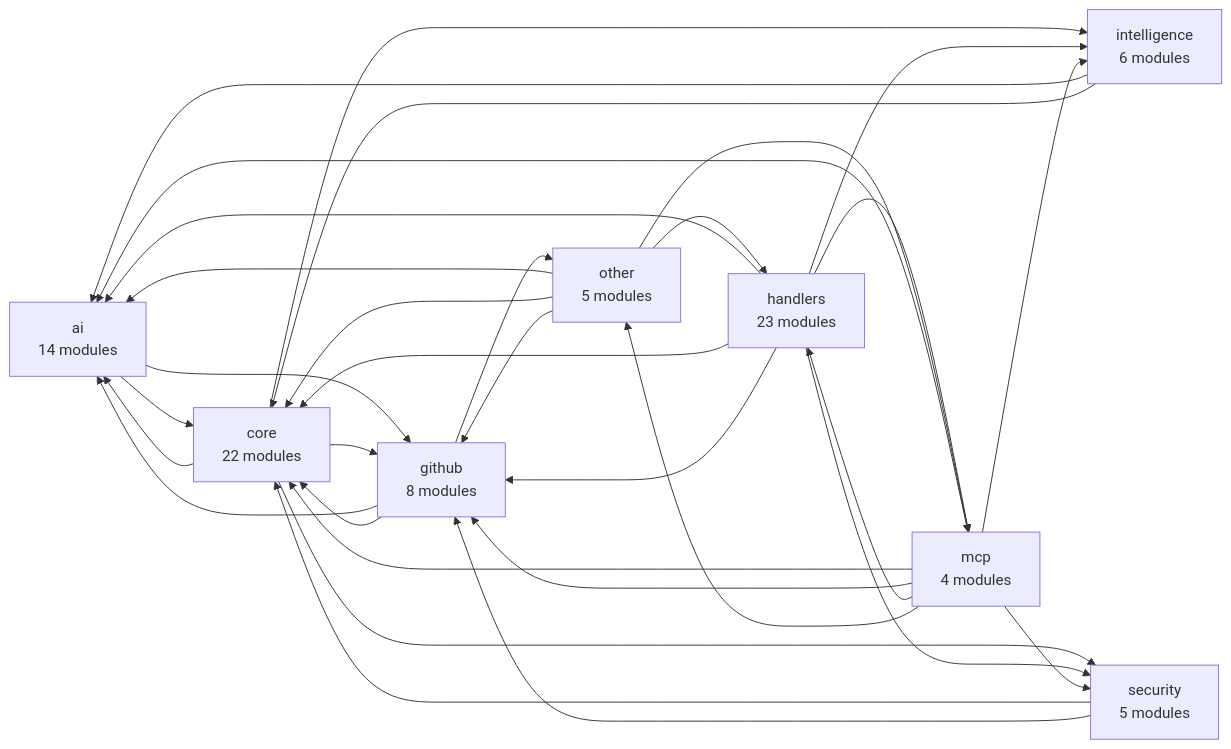
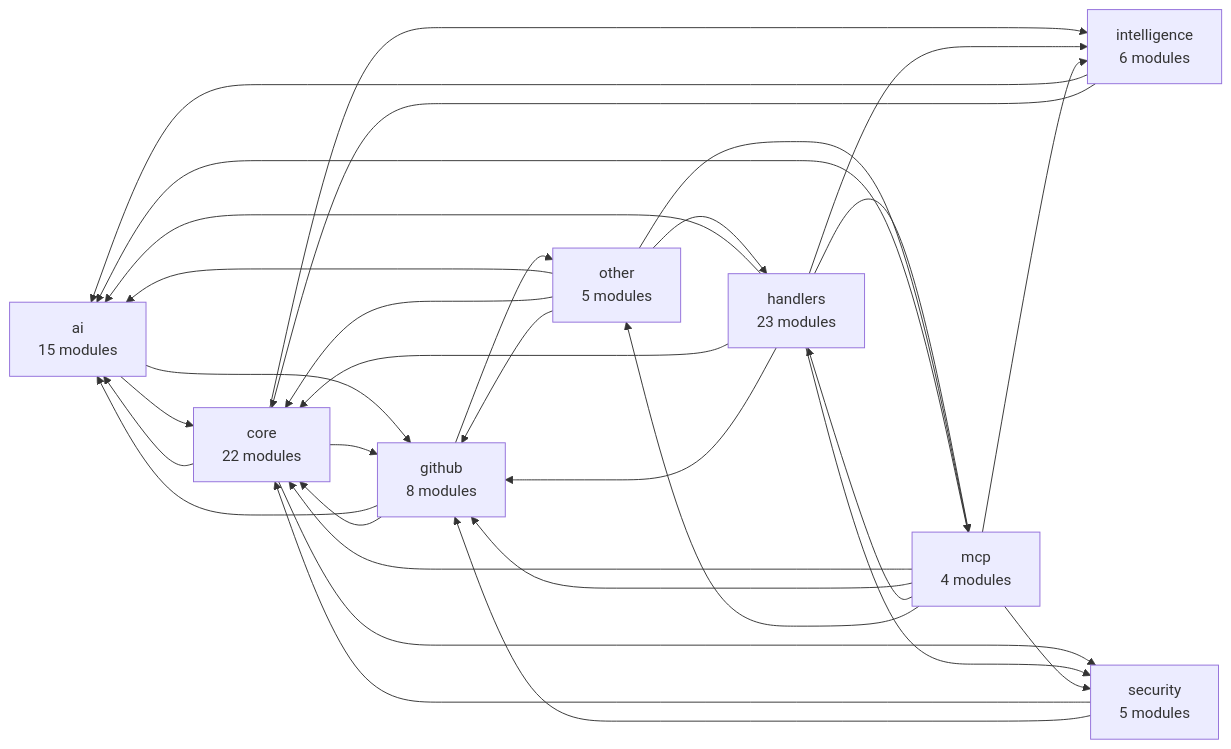
One commit to Shweta-Mishra-ai/github-autopilot changed the second of 2 diagrams in README.md. Above: the diagram before and after it, drawn with Mermaid. The commit also changed other lines of this file and 11 other files, not shown here.

````diff
--- a/README.md
+++ b/README.md
@@ -202,42 +202,42 @@
 ```mermaid
 graph LR
-    ai["ai<br/>14 modules"]
+    ai["ai<br/>15 modules"]
     core["core<br/>22 modules"]
     github["github<br/>8 modules"]
     handlers["handlers<br/>23 modules"]
     intelligence["intelligence<br/>6 modules"]
     mcp["mcp<br/>4 modules"]
     other["other<br/>5 modules"]
     security["security<br/>5 modules"]
     ai --> core
     ai --> github
     core --> ai
     core --> github
     core --> intelligence
     core --> security
     github --> ai
     github --> core
     github --> other
     handlers --> ai
     handlers --> core
     handlers --> github
     handlers --> intelligence
     handlers --> mcp
     handlers --> security
     intelligence --> ai
     intelligence --> core
     mcp --> ai
     mcp --> core
     mcp --> github
     mcp --> handlers
     mcp --> intelligence
     mcp --> other
     mcp --> security
     other --> ai
     other --> core
     other --> github
     other --> handlers
     other --> mcp
     security --> core
     security --> github
 ```
````
